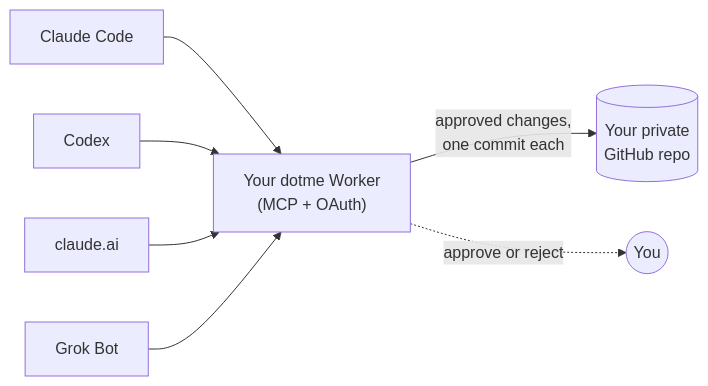
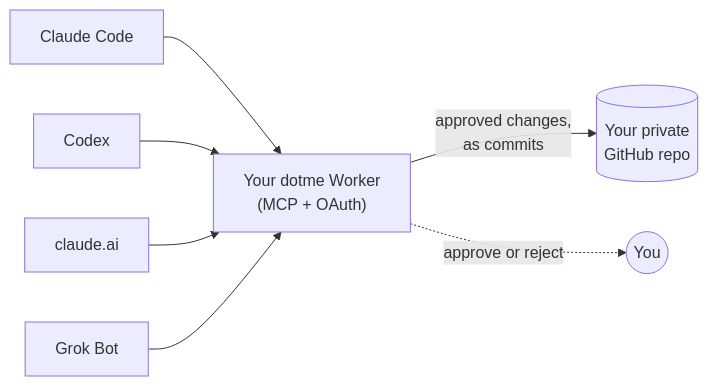
The diagram in README.md (AFFFPupu/dotme), drawn with Mermaid before and after one commit. The commit also changed other lines of this file and 8 other files, not shown here.

First line of the commit message:
Approve a whole batch in one commit

````diff
--- a/README.md
+++ b/README.md
@@ -48,9 +48,9 @@
 ```mermaid
 flowchart LR
     CC["Claude Code"] --> W
     CX["Codex"] --> W
     CA["claude.ai"] --> W
     GB["Grok Bot"] --> W
-    W["Your dotme Worker<br/>(MCP + OAuth)"] -- "approved changes,<br/>one commit each" --> R[("Your private<br/>GitHub repo")]
+    W["Your dotme Worker<br/>(MCP + OAuth)"] -- "approved changes,<br/>as commits" --> R[("Your private<br/>GitHub repo")]
     W -. "approve or reject" .-> Y(("You"))
 ```
````
